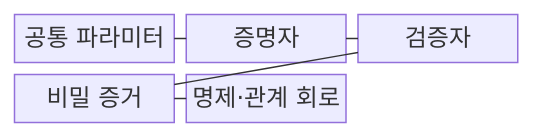
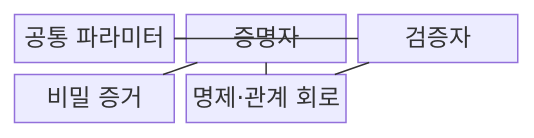
Before and after one commit to agnusdei1207/knowledge-base: the first of 2 diagrams in src/content/docs/notes/05-security/016_zero_knowledge_proof.md, drawn with Mermaid. The commit also changed other lines of this file and 20 other files, not shown here.

````diff
--- a/src/content/docs/notes/05-security/016_zero_knowledge_proof.md
+++ b/src/content/docs/notes/05-security/016_zero_knowledge_proof.md
@@ -62,13 +61,14 @@
 ```mermaid
 block-beta
     columns 3
     P["공통 파라미터"]
     A["증명자"]
     V["검증자"]
     W["비밀 증거"]
     R["명제·관계 회로"]
     P --- A
-    A --- V
-    V --- W
-    W --- R
+    P --- V
+    W --- A
+    R --- A
+    R --- V
 ```
````
